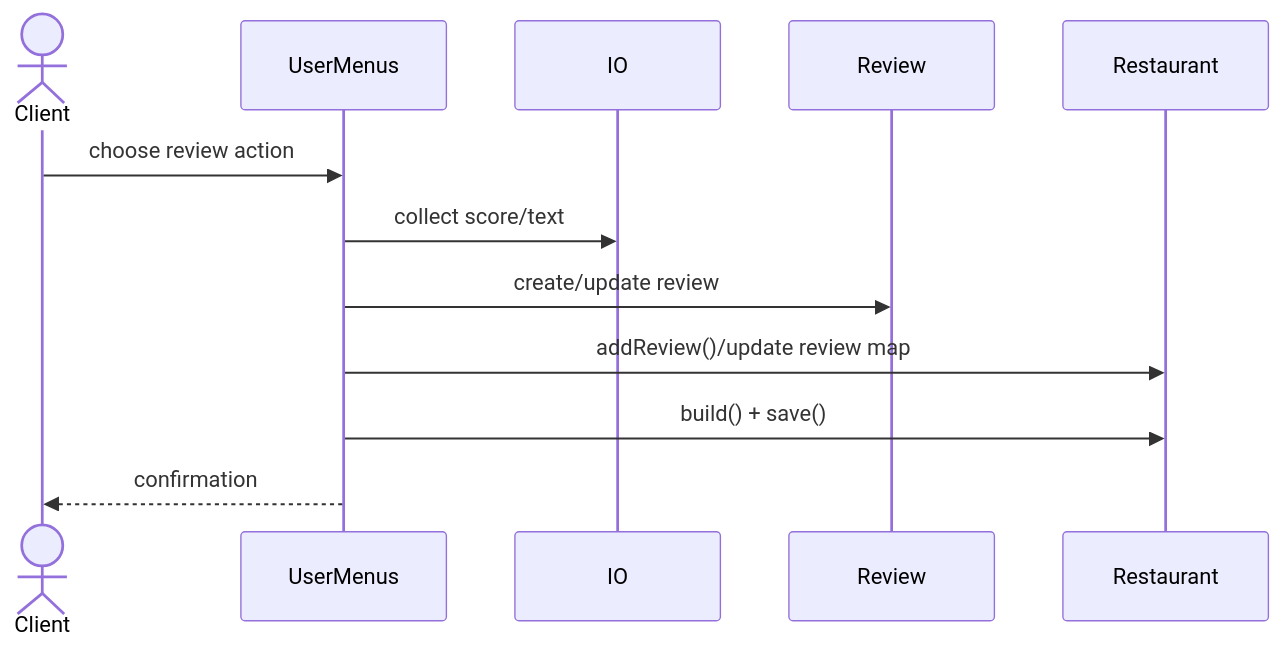
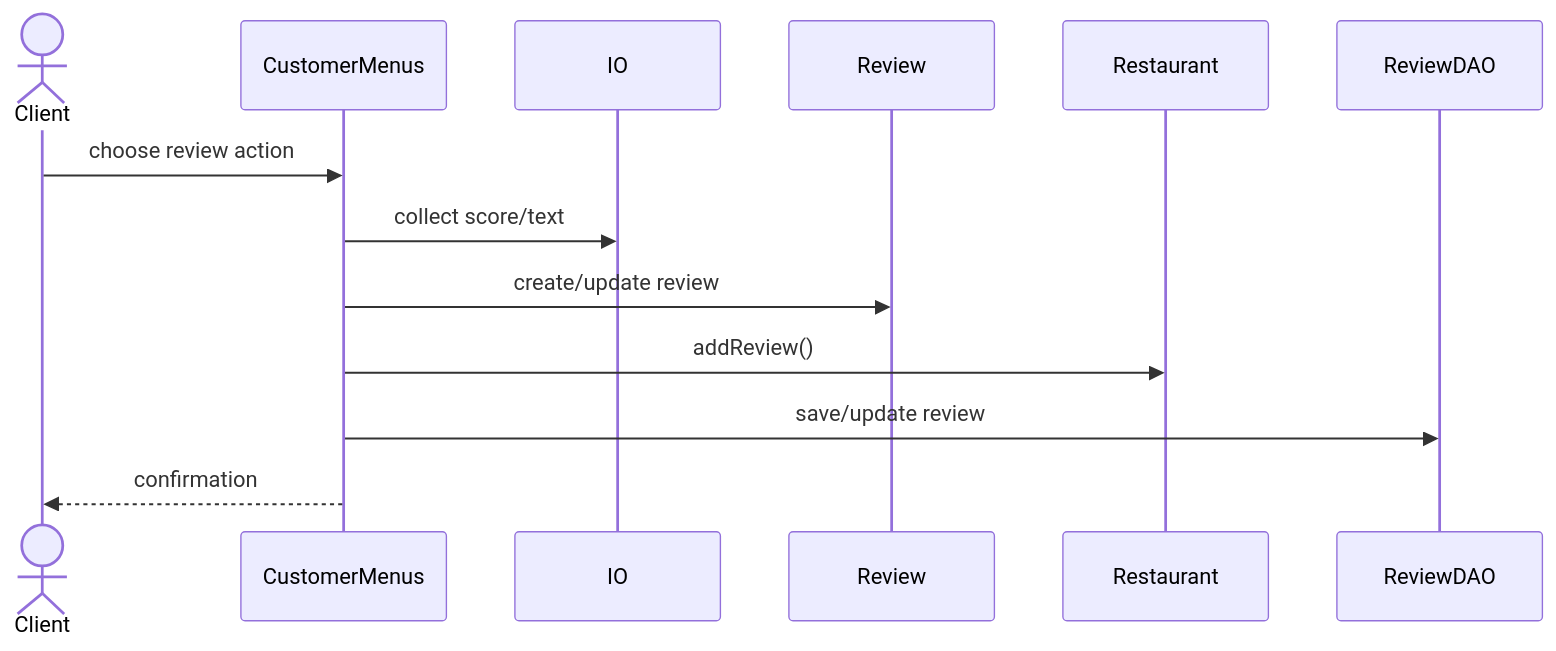
One commit to lcavagnari/TheKnifeProject_B changed the ninth of 10 diagrams in docs/TECHNICAL_DOCUMENTATION.md. Above: the diagram before and after it, drawn with Mermaid. The commit also changed other lines of this file, not shown here.

````diff
--- a/docs/TECHNICAL_DOCUMENTATION.md
+++ b/docs/TECHNICAL_DOCUMENTATION.md
@@ -284,15 +394,16 @@
 ```mermaid
 sequenceDiagram
     actor C as Client
-    participant UM as UserMenus
+    participant UM as CustomerMenus
     participant IO as IO
     participant RV as Review
     participant R as Restaurant
+    participant RD as ReviewDAO
 
     C->>UM: choose review action
     UM->>IO: collect score/text
     UM->>RV: create/update review
-    UM->>R: addReview()/update review map
-    UM->>R: build() + save()
+    UM->>R: addReview()
+    UM->>RD: save/update review
     UM-->>C: confirmation
 ```
````
